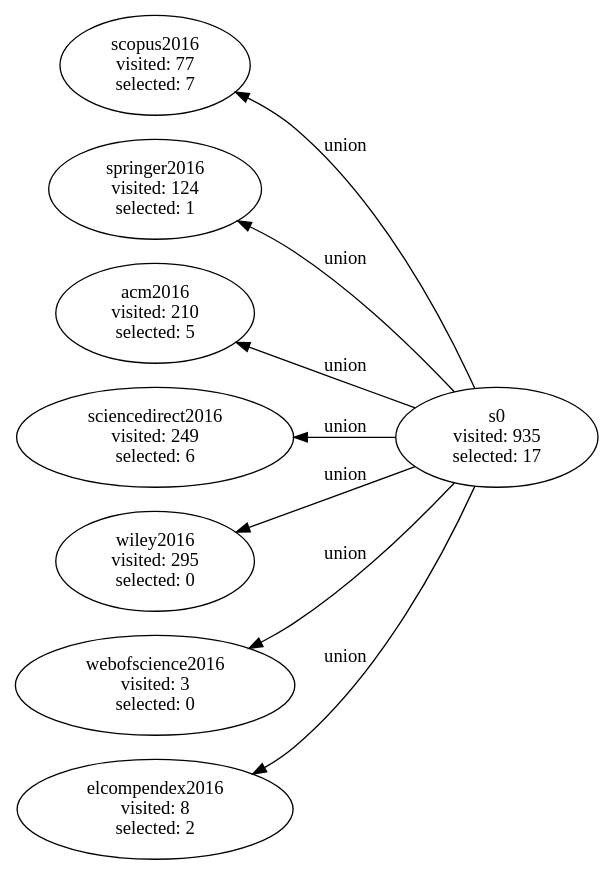
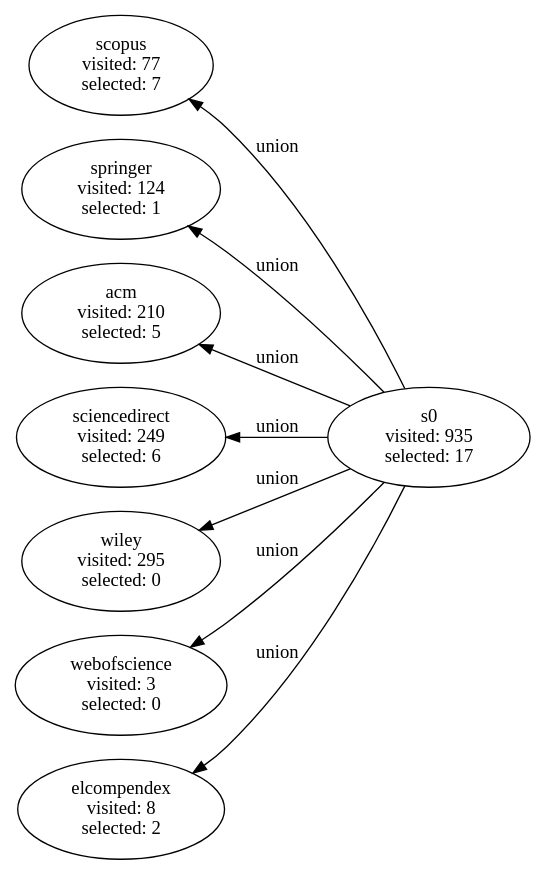
One commit to gems-uff/hybrid-strategies changed the diagram in experiments/experiment_2/notebooks/final.dot. Above: the diagram before and after it, drawn with Graphviz. The commit also changed 9 other files, not shown here.

```diff
--- a/experiments/experiment_2/notebooks/final.dot
+++ b/experiments/experiment_2/notebooks/final.dot
@@ -1,27 +1,27 @@
 digraph G {
   rankdir="RL";
 
   s0 [label="s0\n visited: 935\n selected: 17"];
-  s0 -> scopus2016 [label="union"];
-  s0 -> springer2016 [label="union"];
-  s0 -> acm2016 [label="union"];
-  s0 -> sciencedirect2016 [label="union"];
-  s0 -> wiley2016 [label="union"];
-  s0 -> webofscience2016 [label="union"];
-  s0 -> elcompendex2016 [label="union"];
+  s0 -> scopus [label="union"];
+  s0 -> springer [label="union"];
+  s0 -> acm [label="union"];
+  s0 -> sciencedirect [label="union"];
+  s0 -> wiley [label="union"];
+  s0 -> webofscience [label="union"];
+  s0 -> elcompendex [label="union"];
 
-  scopus2016 [label="scopus2016\n visited: 77\n selected: 7"];
+  scopus [label="scopus\n visited: 77\n selected: 7"];
 
-  springer2016 [label="springer2016\n visited: 124\n selected: 1"];
+  springer [label="springer\n visited: 124\n selected: 1"];
 
-  acm2016 [label="acm2016\n visited: 210\n selected: 5"];
+  acm [label="acm\n visited: 210\n selected: 5"];
 
-  sciencedirect2016 [label="sciencedirect2016\n visited: 249\n selected: 6"];
+  sciencedirect [label="sciencedirect\n visited: 249\n selected: 6"];
 
-  wiley2016 [label="wiley2016\n visited: 295\n selected: 0"];
+  wiley [label="wiley\n visited: 295\n selected: 0"];
 
-  webofscience2016 [label="webofscience2016\n visited: 3\n selected: 0"];
+  webofscience [label="webofscience\n visited: 3\n selected: 0"];
 
-  elcompendex2016 [label="elcompendex2016\n visited: 8\n selected: 2"];
+  elcompendex [label="elcompendex\n visited: 8\n selected: 2"];
 
 }
```
